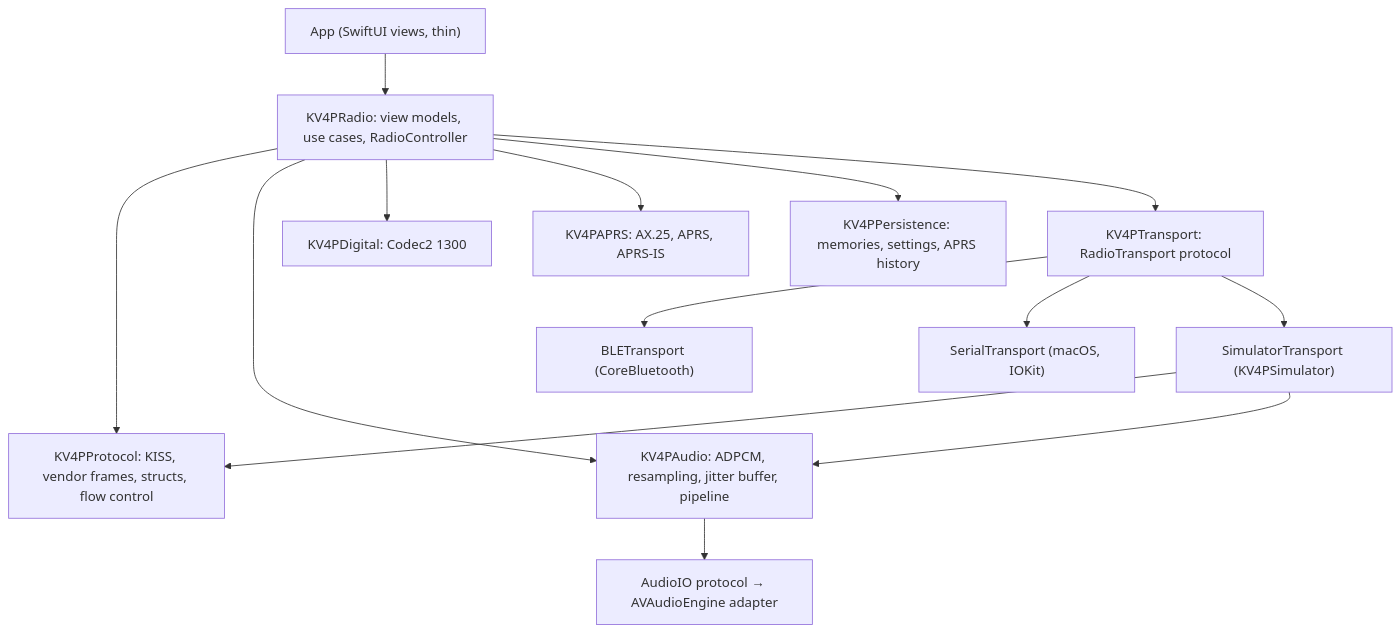
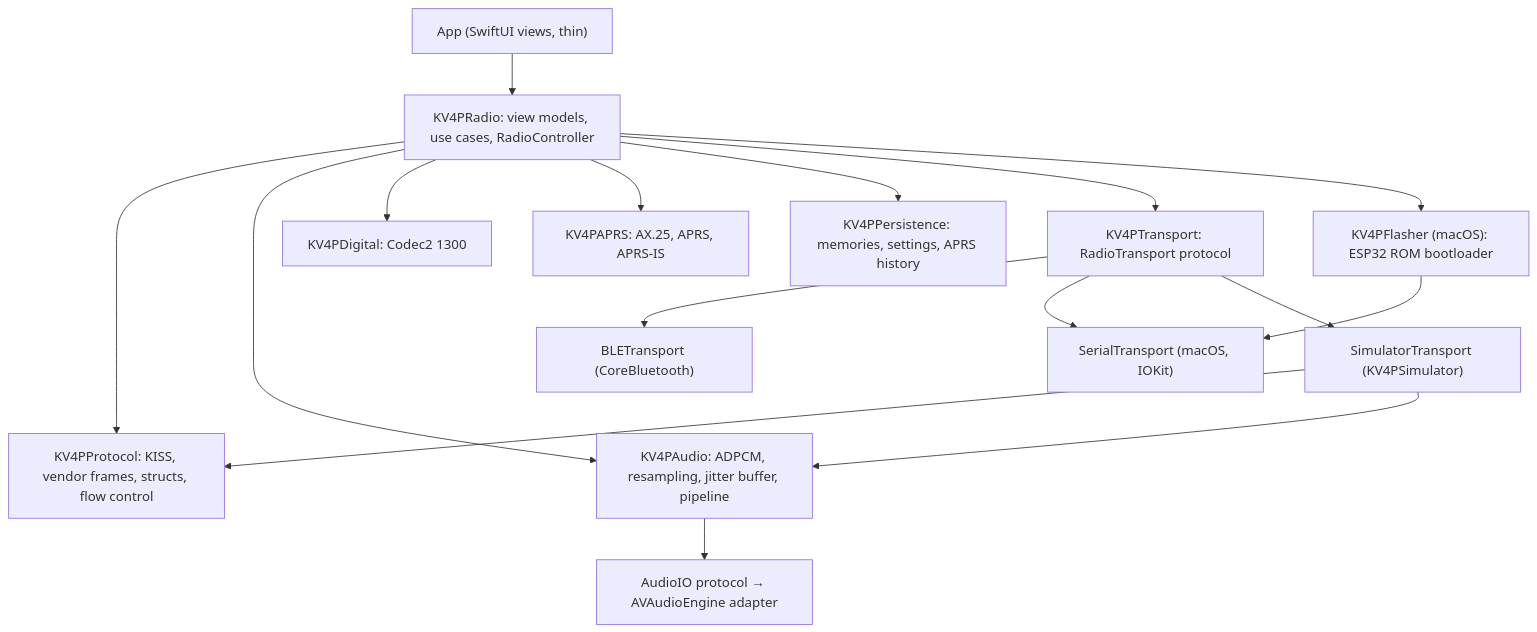
The diagram in docs/apple/02-architecture.md (cookieBerlin/kv4p-ht), drawn with Mermaid before and after one commit. The commit also changed other lines of this file and 4 other files, not shown here.

Commit message:
docs(apple): plan KV4PFlasher package and macOS flashing milestone

````diff
--- a/docs/apple/02-architecture.md
+++ b/docs/apple/02-architecture.md
@@ -16,16 +16,18 @@
 ```mermaid
 flowchart TD
     UI["App (SwiftUI views, thin)"] --> VM["KV4PRadio: view models, use cases, RadioController"]
     VM --> P["KV4PProtocol: KISS, vendor frames, structs, flow control"]
     VM --> AU["KV4PAudio: ADPCM, resampling, jitter buffer, pipeline"]
     VM --> DG["KV4PDigital: Codec2 1300"]
     VM --> AP["KV4PAPRS: AX.25, APRS, APRS-IS"]
     VM --> PE["KV4PPersistence: memories, settings, APRS history"]
     VM --> T["KV4PTransport: RadioTransport protocol"]
     T --> BLE["BLETransport (CoreBluetooth)"]
     T --> SER["SerialTransport (macOS, IOKit)"]
     T --> SIM["SimulatorTransport (KV4PSimulator)"]
+    VM --> FL["KV4PFlasher (macOS): ESP32 ROM bootloader"]
+    FL --> SER
     AU --> AIO["AudioIO protocol → AVAudioEngine adapter"]
     SIM --> P
     SIM --> AU
 ```
````
